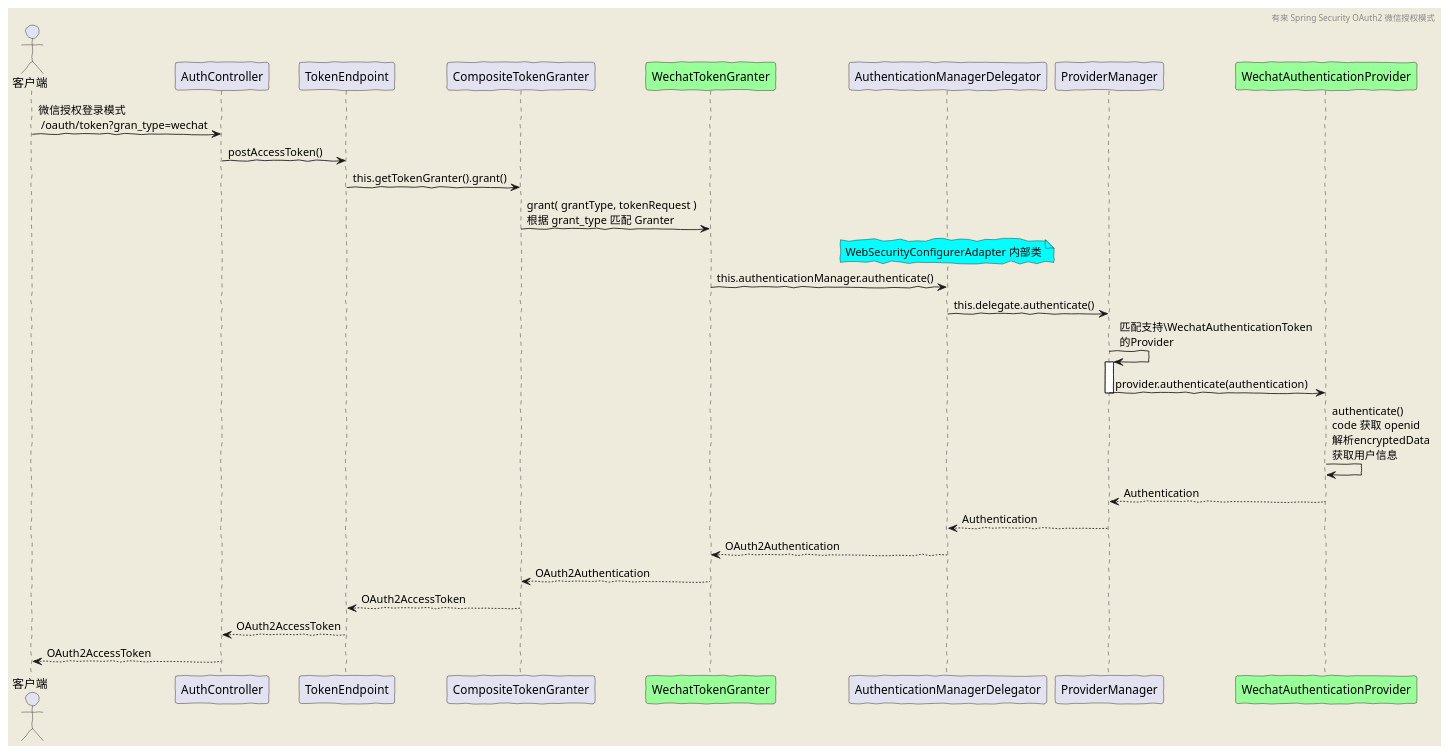
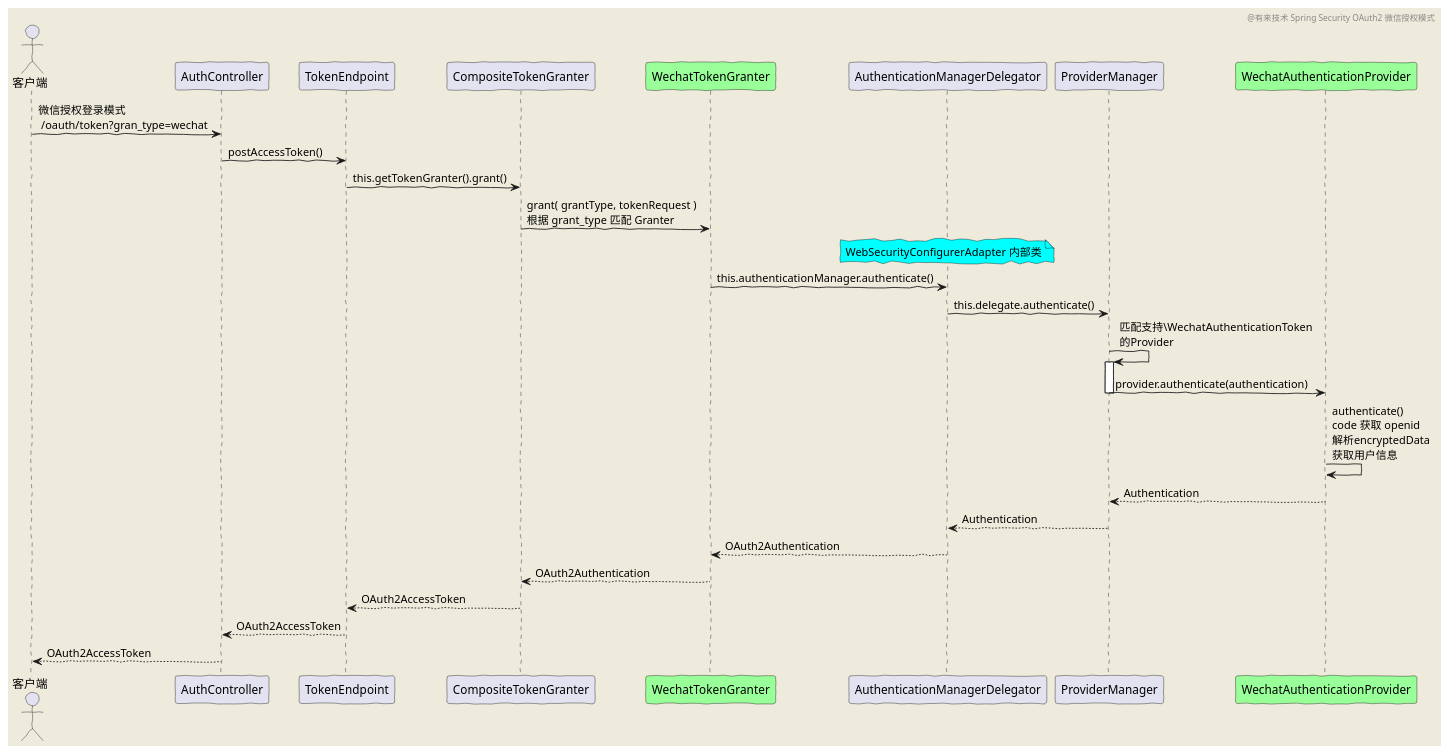
The diagram in docs/diagram/oauth2/wechat.puml (youlaitech/youlai-mall), drawn with PlantUML before and after one commit. The commit also changed 4 other files, not shown here.

Commit message:
docs(*.puml): 修改流程时序图

```diff
--- a/docs/diagram/oauth2/wechat.puml
+++ b/docs/diagram/oauth2/wechat.puml
@@ -2,36 +2,36 @@
 @startuml
 'https://plantuml.com/sequence-diagram
 skinparam backgroundColor #EEEBDC
 skinparam handwritten true
 
-header 有来 Spring Security OAuth2 微信授权模式
+header @有来技术 Spring Security OAuth2 微信授权模式
 
 actor 客户端
 
 
 客户端 -> AuthController: 微信授权登录模式 \n /oauth/token?gran_type=wechat
 AuthController -> TokenEndpoint: postAccessToken()
 TokenEndpoint -> CompositeTokenGranter: this.getTokenGranter().grant()
 participant WechatTokenGranter #99FF99
 CompositeTokenGranter->WechatTokenGranter: grant( grantType, tokenRequest )\n根据 grant_type 匹配 Granter
 note over of AuthenticationManagerDelegator #aqua
 WebSecurityConfigurerAdapter 内部类
 end note
 WechatTokenGranter-> AuthenticationManagerDelegator:this.authenticationManager.authenticate()
 AuthenticationManagerDelegator -> ProviderManager: this.delegate.authenticate()
 ProviderManager -> ProviderManager: 匹配支持\WechatAuthenticationToken\n的Provider
 
 activate ProviderManager
 participant WechatAuthenticationProvider #99FF99
 ProviderManager -> WechatAuthenticationProvider: provider.authenticate(authentication)
 deactivate ProviderManager
 
 WechatAuthenticationProvider -> WechatAuthenticationProvider: authenticate()\ncode 获取 openid \n解析encryptedData\n获取用户信息
 ProviderManager <-- WechatAuthenticationProvider: Authentication
 AuthenticationManagerDelegator <-- ProviderManager: Authentication
 WechatTokenGranter <-- AuthenticationManagerDelegator: OAuth2Authentication
 CompositeTokenGranter <-- WechatTokenGranter: OAuth2Authentication
 TokenEndpoint <-- CompositeTokenGranter:OAuth2AccessToken
 AuthController <-- TokenEndpoint:OAuth2AccessToken
 客户端 <-- AuthController: OAuth2AccessToken
 @enduml
```
